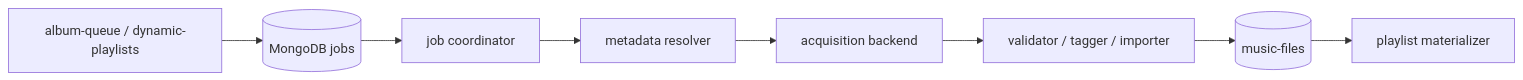
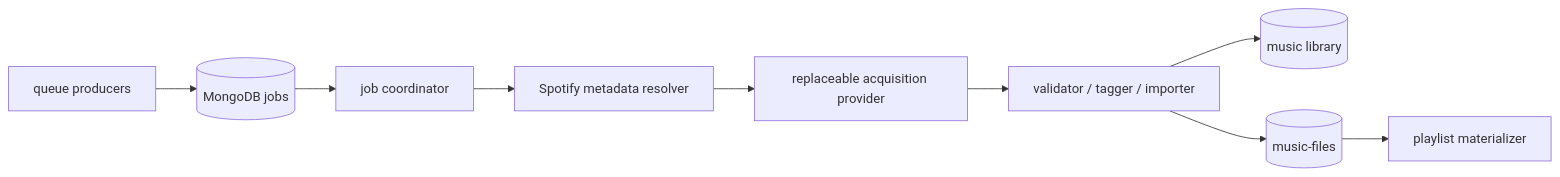
Before and after one commit to supperdoggy/harmoniq-maestro: the diagram in docs/spotdl-wapper-migration.md, drawn with Mermaid. The commit also changed other lines of this file and 51 other files, not shown here.

````diff
--- a/docs/spotdl-wapper-migration.md
+++ b/docs/spotdl-wapper-migration.md
@@ -36,19 +53,11 @@
 ```mermaid
 flowchart LR
-    producers["album-queue / dynamic-playlists"]
-    queue[("MongoDB jobs")]
-    coordinator["job coordinator"]
-    metadata["metadata resolver"]
-    acquisition["acquisition backend"]
-    importer["validator / tagger / importer"]
-    catalog[("music-files")]
-    playlists["playlist materializer"]
-
-    producers --> queue
-    queue --> coordinator
-    coordinator --> metadata
-    metadata --> acquisition
-    acquisition --> importer
-    importer --> catalog
-    catalog --> playlists
+    producers["queue producers"] --> queue[("MongoDB jobs")]
+    queue --> coordinator["job coordinator"]
+    coordinator --> metadata["Spotify metadata resolver"]
+    metadata --> provider["replaceable acquisition provider"]
+    provider --> importer["validator / tagger / importer"]
+    importer --> library[("music library")]
+    importer --> catalog[("music-files")]
+    catalog --> playlists["playlist materializer"]
 ```
````
